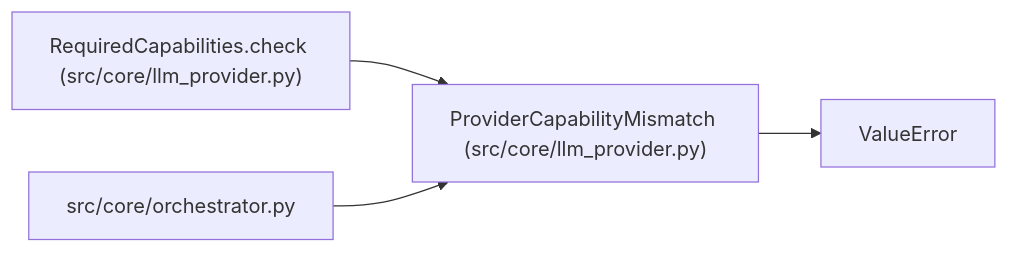
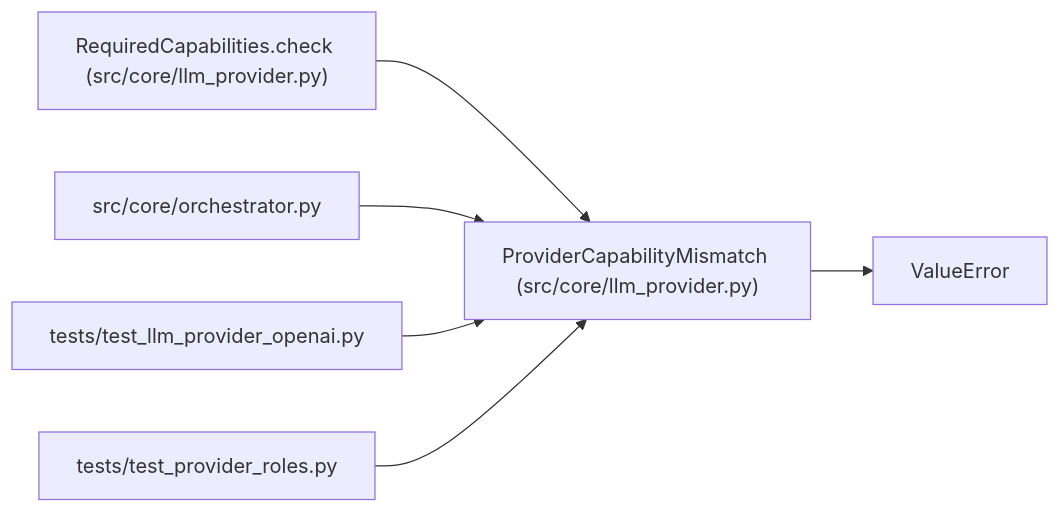
The diagram in docs/llm_wiki/entities/ProviderCapabilityMismatch.md (Denissvgn/autoresearch-agent), drawn with Mermaid before and after one commit. The commit also changed other lines of this file and 1033 other files, not shown here.

````diff
--- a/docs/llm_wiki/entities/ProviderCapabilityMismatch.md
+++ b/docs/llm_wiki/entities/ProviderCapabilityMismatch.md
@@ -29,13 +29,19 @@
 ```mermaid
 flowchart LR
     n0["ProviderCapabilityMismatch (src/core/llm_provider.py)"]
     n1["ValueError"]
     n2["RequiredCapabilities.check (src/core/llm_provider.py)"]
     n3["src/core/orchestrator.py"]
+    n4["tests/test_llm_provider_openai.py"]
+    n5["tests/test_provider_roles.py"]
     n0 --> n1
     n2 --> n0
     n3 --> n0
+    n4 --> n0
+    n5 --> n0
     click n0 "../modules/llm_provider.md"
     click n2 "../modules/llm_provider.md"
     click n3 "../modules/orchestrator.md"
+    click n4 "../modules/test_llm_provider_openai.md"
+    click n5 "../modules/test_provider_roles.md"
 ```
````
